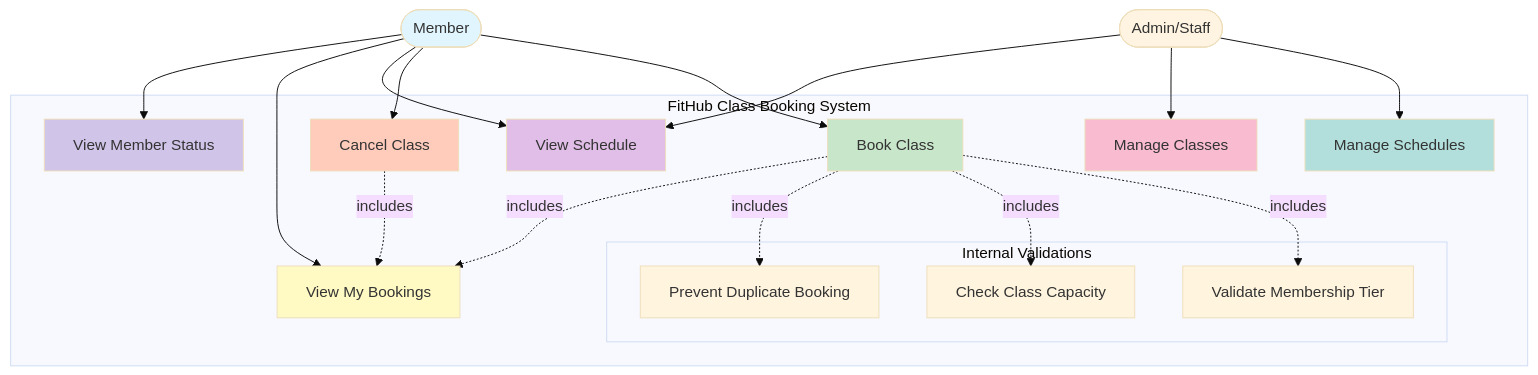
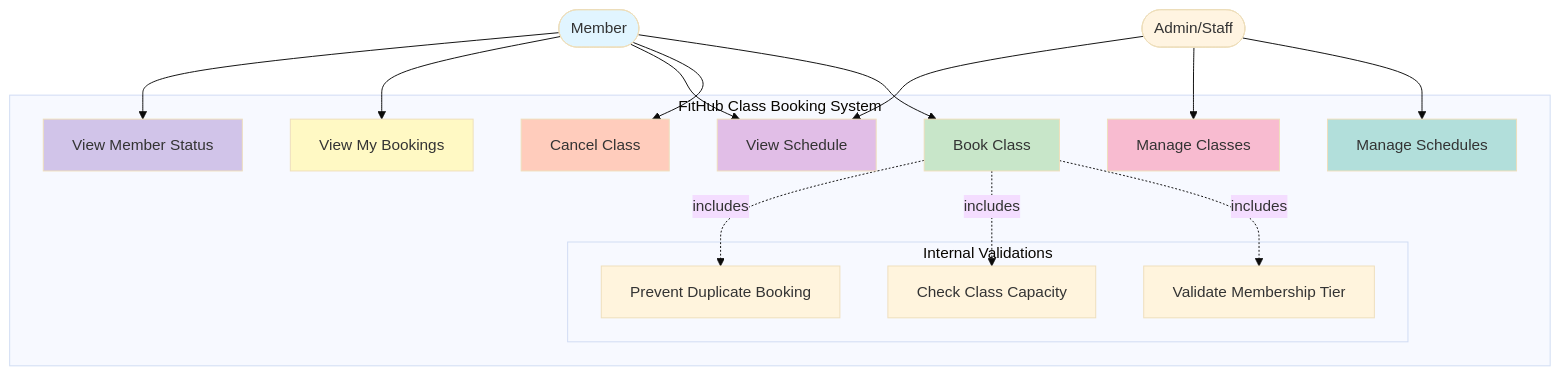
One commit to saishameh/CPS714-Section3 changed the diagram in use_case_diagram.md. Above: the diagram before and after it, drawn with Mermaid (base theme). The commit also changed other lines of this file and 1 other file, not shown here.

Commit message:
Fix SQL JOIN syntax and UML relationship semantics

````diff
--- a/use_case_diagram.md
+++ b/use_case_diagram.md
@@ -5,48 +5,45 @@
 ```mermaid
 graph TB
     Member([Member])
     Admin([Admin/Staff])
 
     subgraph "FitHub Class Booking System"
         UC1[Book Class]
         UC2[Cancel Class]
         UC3[View Schedule]
         UC4[View My Bookings]
         UC5[Manage Schedules]
         UC6[Manage Classes]
         UC7[View Member Status]
         
         subgraph "Internal Validations"
             V1[Validate Membership Tier]
             V2[Check Class Capacity]
             V3[Prevent Duplicate Booking]
         end
     end
 
     Member --> UC1
     Member --> UC2
     Member --> UC3
     Member --> UC4
     Member --> UC7
     
     Admin --> UC5
     Admin --> UC6
     Admin --> UC3
     
     UC1 -.includes.-> V1
     UC1 -.includes.-> V2
     UC1 -.includes.-> V3
     
-    UC1 -.includes.-> UC4
-    UC2 -.includes.-> UC4
-    
     style Member fill:#e1f5ff
     style Admin fill:#fff4e1
     style UC1 fill:#c8e6c9
     style UC2 fill:#ffccbc
     style UC3 fill:#e1bee7
     style UC4 fill:#fff9c4
     style UC5 fill:#b2dfdb
     style UC6 fill:#f8bbd0
     style UC7 fill:#d1c4e9
 ```
````
